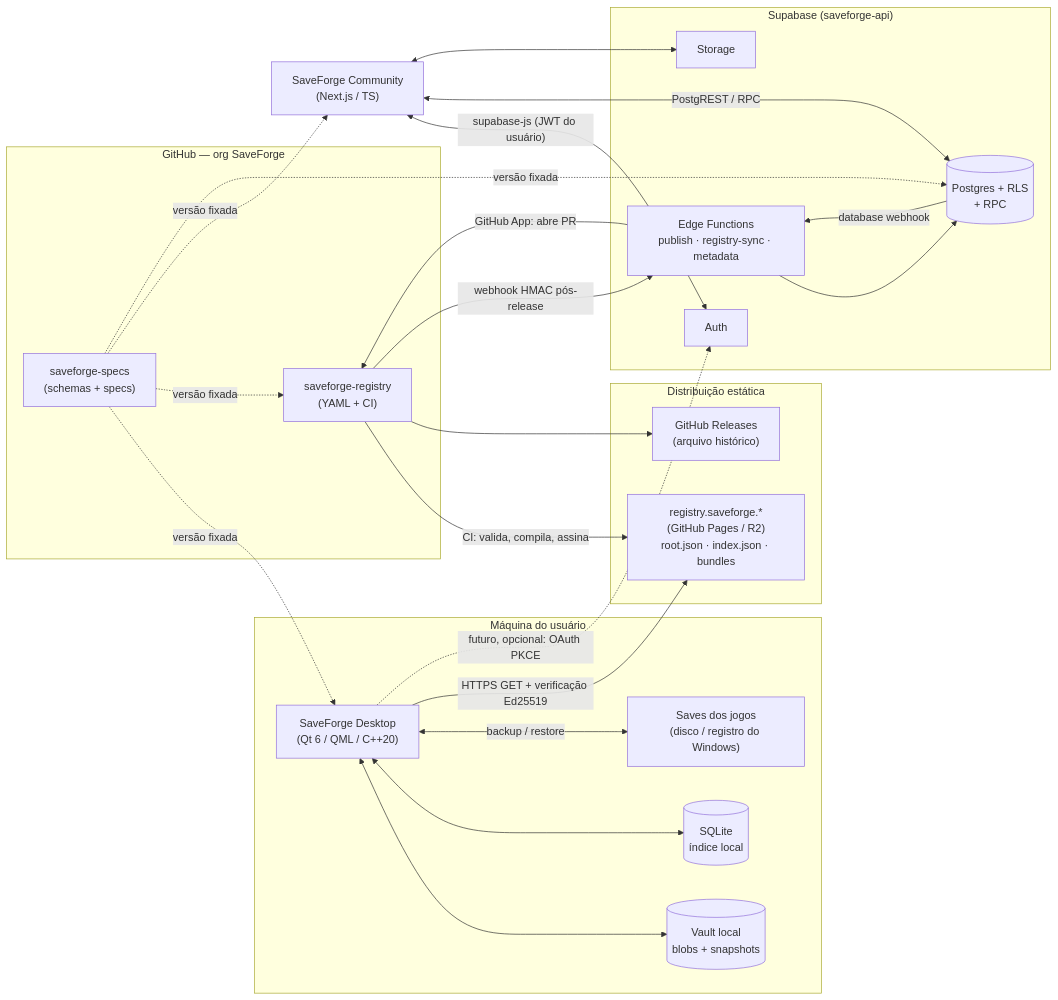
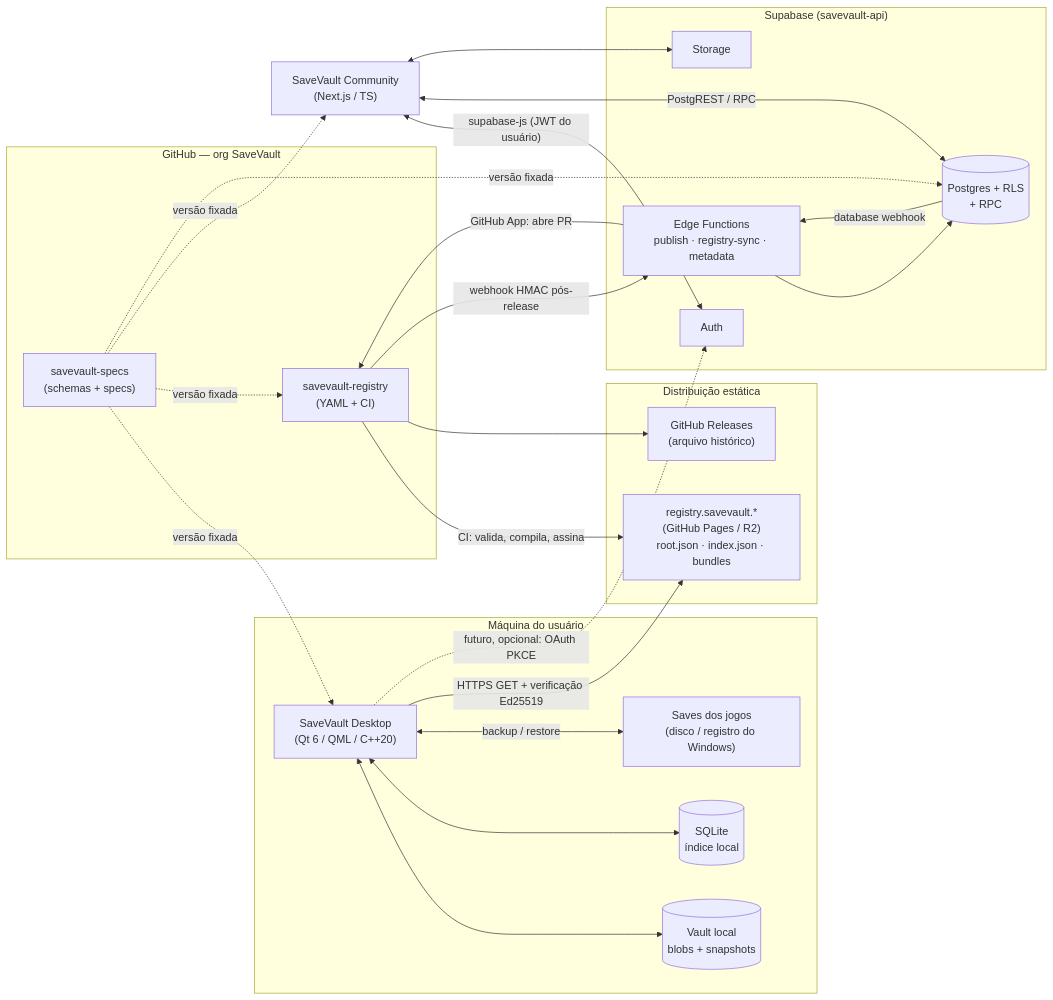
The first of 8 diagrams in planejamento/PLANEJAMENTO-TECNICO.md (BirdRa1n/saveforge-docs), drawn with Mermaid before and after one commit. The commit also changed other lines of this file and 11 other files, not shown here.

First line of the commit message:
docs: rename the project to SaveVault

````diff
--- a/planejamento/PLANEJAMENTO-TECNICO.md
+++ b/planejamento/PLANEJAMENTO-TECNICO.md
@@ -53,47 +53,47 @@
 ```mermaid
 flowchart LR
     subgraph User["Máquina do usuário"]
-        D["SaveForge Desktop<br/>(Qt 6 / QML / C++20)"]
+        D["SaveVault Desktop<br/>(Qt 6 / QML / C++20)"]
         V[("Vault local<br/>blobs + snapshots")]
         DB[("SQLite<br/>índice local")]
         FS["Saves dos jogos<br/>(disco / registro do Windows)"]
         D <--> V
         D <--> DB
         D <-->|backup / restore| FS
     end
 
     subgraph Static["Distribuição estática"]
-        CDN["registry.saveforge.*<br/>(GitHub Pages / R2)<br/>root.json · index.json · bundles"]
+        CDN["registry.savevault.*<br/>(GitHub Pages / R2)<br/>root.json · index.json · bundles"]
         GHR["GitHub Releases<br/>(arquivo histórico)"]
     end
 
-    subgraph GH["GitHub — org SaveForge"]
-        REG["saveforge-registry<br/>(YAML + CI)"]
-        SPEC["saveforge-specs<br/>(schemas + specs)"]
+    subgraph GH["GitHub — org SaveVault"]
+        REG["savevault-registry<br/>(YAML + CI)"]
+        SPEC["savevault-specs<br/>(schemas + specs)"]
     end
 
-    subgraph SB["Supabase (saveforge-api)"]
+    subgraph SB["Supabase (savevault-api)"]
         AUTH["Auth"]
         PG[("Postgres + RLS<br/>+ RPC")]
         ST["Storage"]
         EF["Edge Functions<br/>publish · registry-sync · metadata"]
     end
 
-    W["SaveForge Community<br/>(Next.js / TS)"]
+    W["SaveVault Community<br/>(Next.js / TS)"]
 
     D -->|"HTTPS GET + verificação Ed25519"| CDN
     REG -->|"CI: valida, compila, assina"| CDN
     REG --> GHR
     W <-->|"supabase-js (JWT do usuário)"| AUTH
     W <-->|"PostgREST / RPC"| PG
     W <--> ST
     PG -->|"database webhook"| EF
     EF -->|"GitHub App: abre PR"| REG
     REG -->|"webhook HMAC pós-release"| EF
     EF --> PG
     SPEC -. "versão fixada" .-> D
     SPEC -. "versão fixada" .-> REG
     SPEC -. "versão fixada" .-> W
     SPEC -. "versão fixada" .-> PG
     D -. "futuro, opcional: OAuth PKCE" .-> AUTH
 ```
````
